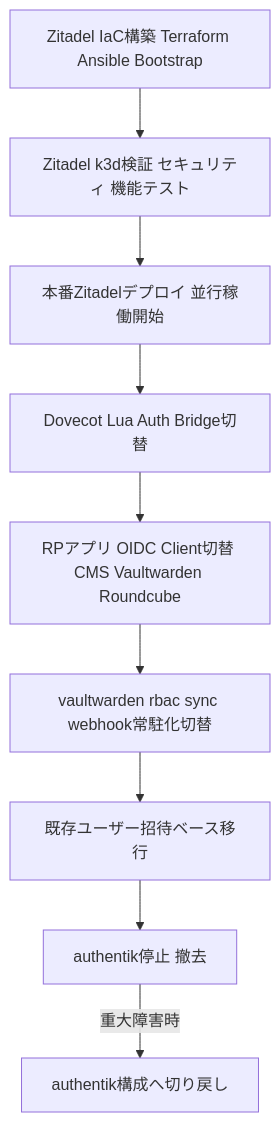
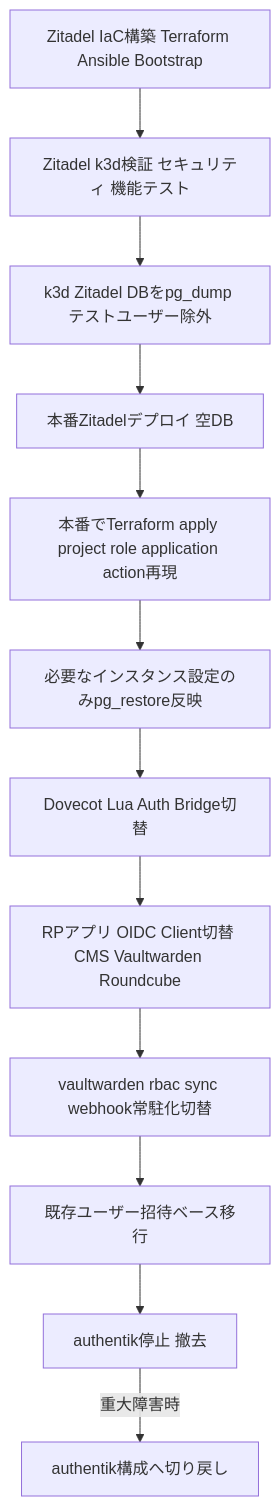
Before and after one commit to aramakisai/aramakisai-infra: the sixth of 6 diagrams in .kiro/specs/idp-migration-zitadel/design.md, drawn with Mermaid. The commit also changed other lines of this file and 3 other files, not shown here.

````diff
--- a/.kiro/specs/idp-migration-zitadel/design.md
+++ b/.kiro/specs/idp-migration-zitadel/design.md
@@ -433,11 +471,14 @@
 ```mermaid
 flowchart TD
     A[Zitadel IaC構築 Terraform Ansible Bootstrap] --> B[Zitadel k3d検証 セキュリティ 機能テスト]
-    B --> C[本番Zitadelデプロイ 並行稼働開始]
-    C --> D[Dovecot Lua Auth Bridge切替]
-    D --> E[RPアプリ OIDC Client切替 CMS Vaultwarden Roundcube]
-    E --> F[vaultwarden rbac sync webhook常駐化切替]
-    F --> G[既存ユーザー招待ベース移行]
-    G --> H[authentik停止 撤去]
-    H -->|重大障害時| I[authentik構成へ切り戻し]
+    B --> C[k3d Zitadel DBをpg_dump テストユーザー除外]
+    C --> D[本番Zitadelデプロイ 空DB]
+    D --> E[本番でTerraform apply project role application action再現]
+    E --> F[必要なインスタンス設定のみpg_restore反映]
+    F --> G[Dovecot Lua Auth Bridge切替]
+    G --> H[RPアプリ OIDC Client切替 CMS Vaultwarden Roundcube]
+    H --> I[vaultwarden rbac sync webhook常駐化切替]
+    I --> J[既存ユーザー招待ベース移行]
+    J --> K[authentik停止 撤去]
+    K -->|重大障害時| L[authentik構成へ切り戻し]
 ```
````
